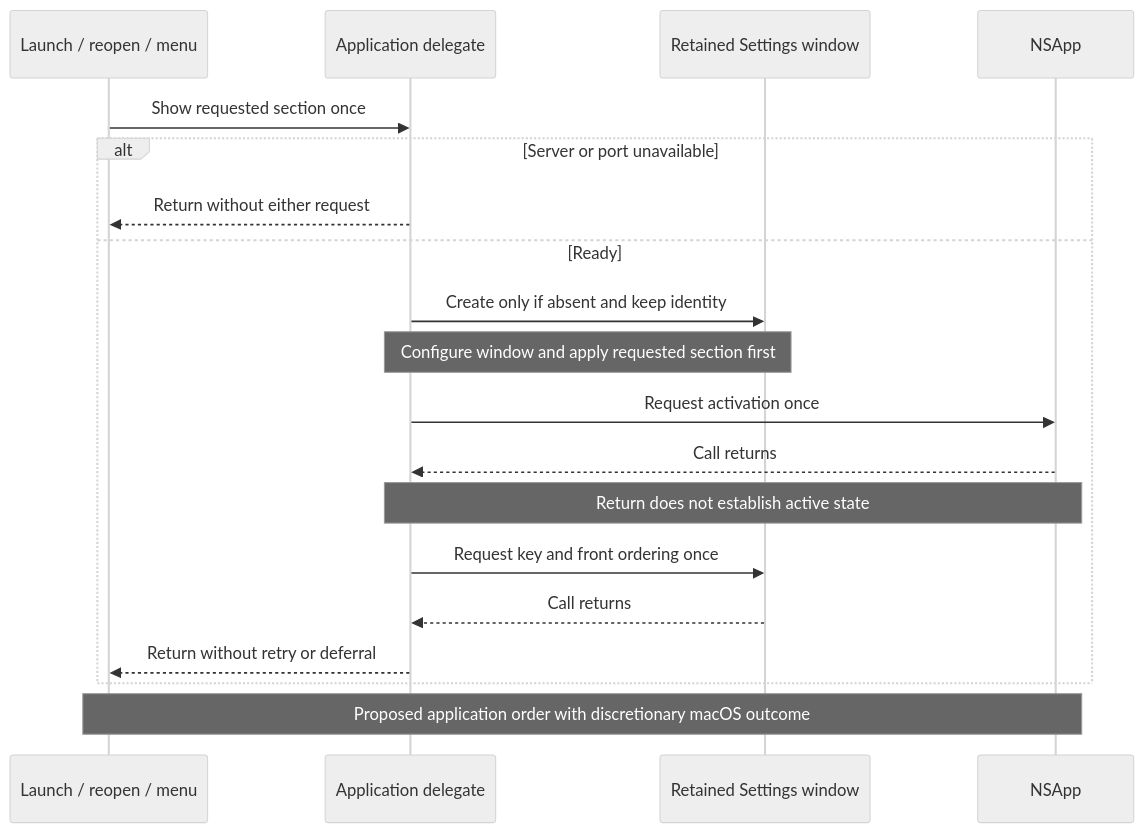
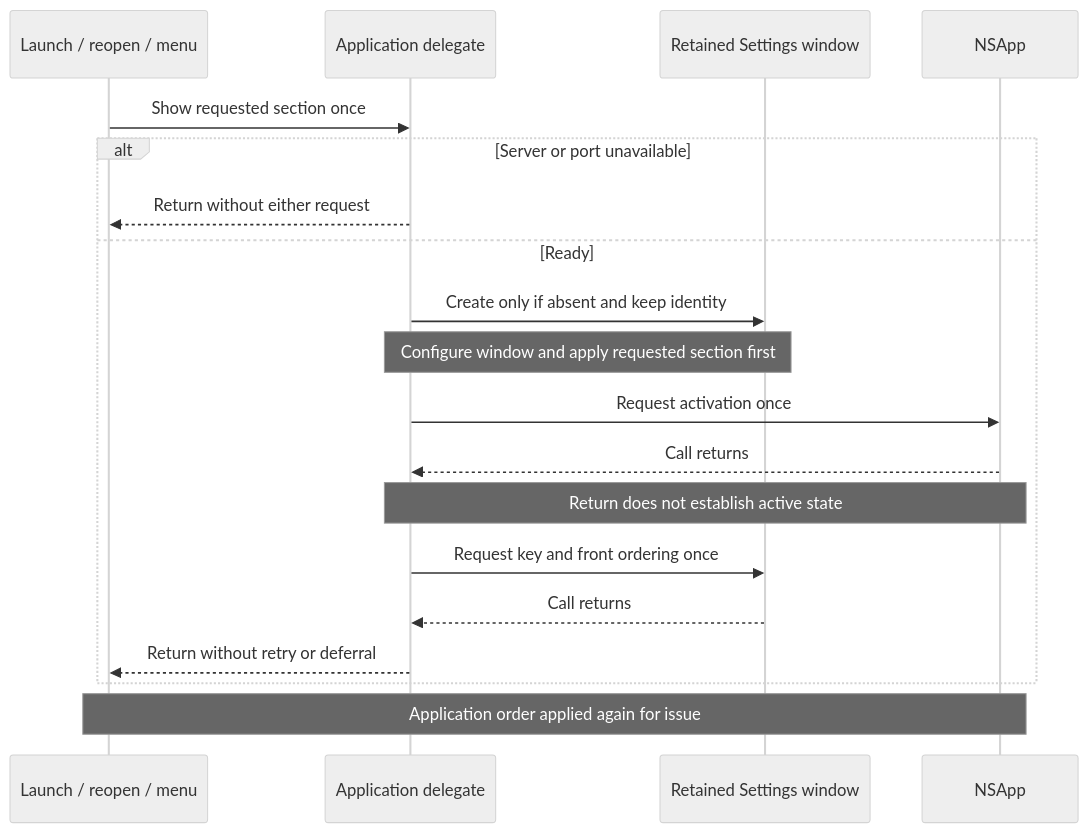
One commit to Linkuistics/Koine changed the diagram in docs/design/architecture/settings-activation/ordering-sequence.mmd. Above: the diagram before and after it, drawn with Mermaid (neutral theme). The commit also changed 10 other files, not shown here.

First line of the commit message:
settings-call-order-k3: apply the activation-first Settings call order again

```diff
--- a/docs/design/architecture/settings-activation/ordering-sequence.mmd
+++ b/docs/design/architecture/settings-activation/ordering-sequence.mmd
@@ -1,19 +1,19 @@
 sequenceDiagram
     participant C as Launch / reopen / menu
     participant D as Application delegate
     participant W as Retained Settings window
     participant A as NSApp
     C->>D: Show requested section once
     alt Server or port unavailable
         D-->>C: Return without either request
     else Ready
         D->>W: Create only if absent and keep identity
         Note over D,W: Configure window and apply requested section first
         D->>A: Request activation once
         A-->>D: Call returns
         Note over D,A: Return does not establish active state
         D->>W: Request key and front ordering once
         W-->>D: Call returns
         D-->>C: Return without retry or deferral
     end
-    Note over C,A: Proposed application order with discretionary macOS outcome
+    Note over C,A: Application order applied again for issue #15, with discretionary macOS outcome
```
